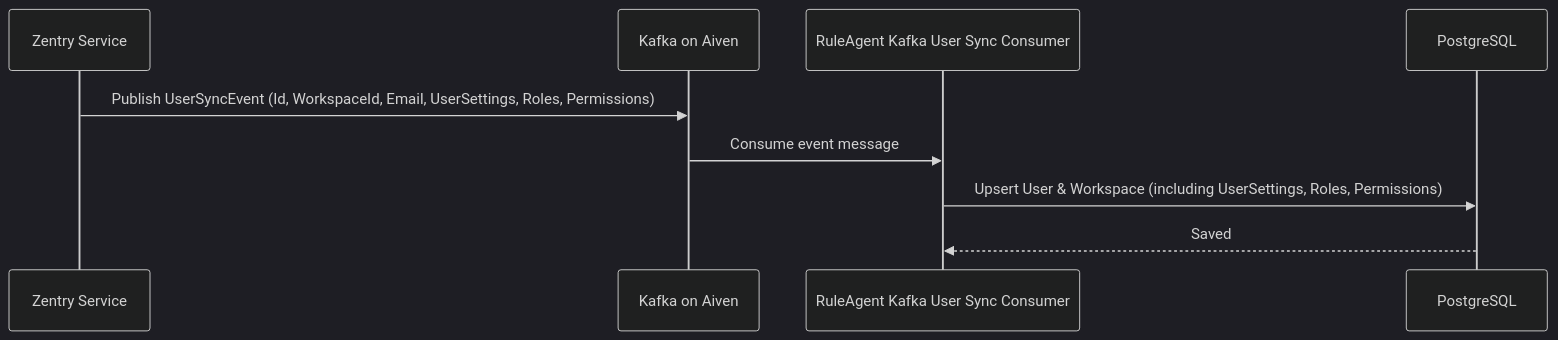
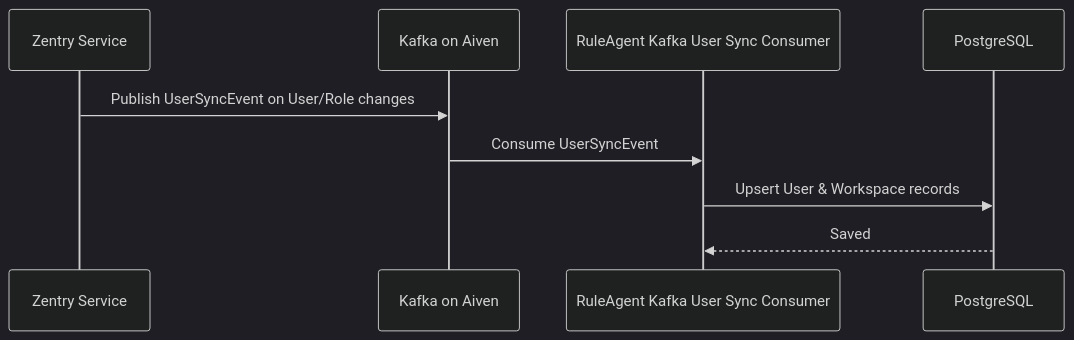
The second of 3 diagrams in RuleAgent/docs/architecture-and-requirements.md (hao-du/OpenSaur), drawn with Mermaid (dark theme) before and after one commit. The commit also changed other lines of this file and 65 other files, not shown here.

````diff
--- a/RuleAgent/docs/architecture-and-requirements.md
+++ b/RuleAgent/docs/architecture-and-requirements.md
@@ -199,12 +200,12 @@
 ```mermaid
 sequenceDiagram
     participant Zentry as Zentry Service
     participant Kafka as Kafka on Aiven
     participant Consumer as RuleAgent Kafka User Sync Consumer
     participant DB as PostgreSQL
 
-    Zentry->>Kafka: Publish UserSyncEvent (Id, WorkspaceId, Email, UserSettings, Roles, Permissions)
-    Kafka->>Consumer: Consume event message
-    Consumer->>DB: Upsert User & Workspace (including UserSettings, Roles, Permissions)
+    Zentry->>Kafka: Publish UserSyncEvent on User/Role changes
+    Kafka->>Consumer: Consume UserSyncEvent
+    Consumer->>DB: Upsert User & Workspace records
     DB-->>Consumer: Saved
 ```
````
